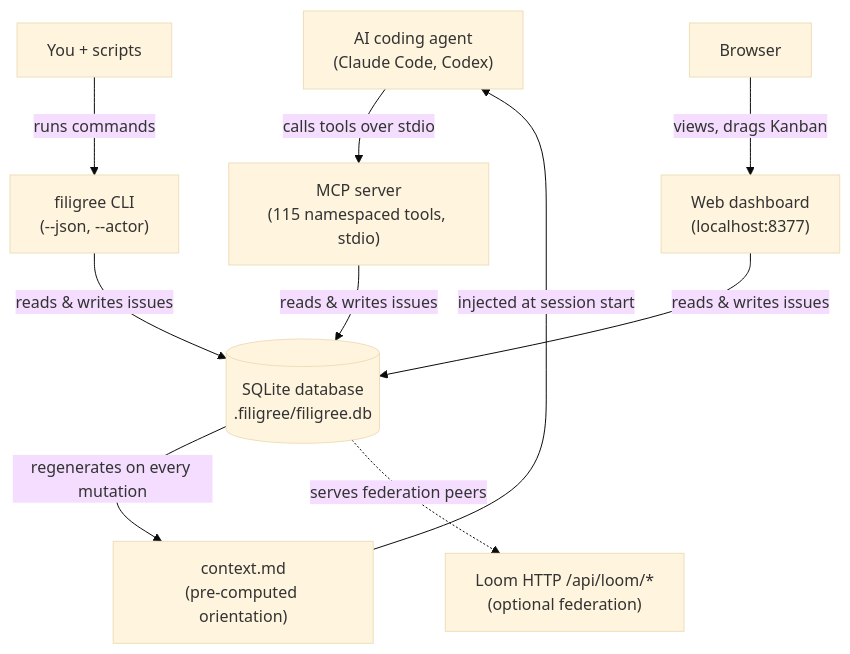
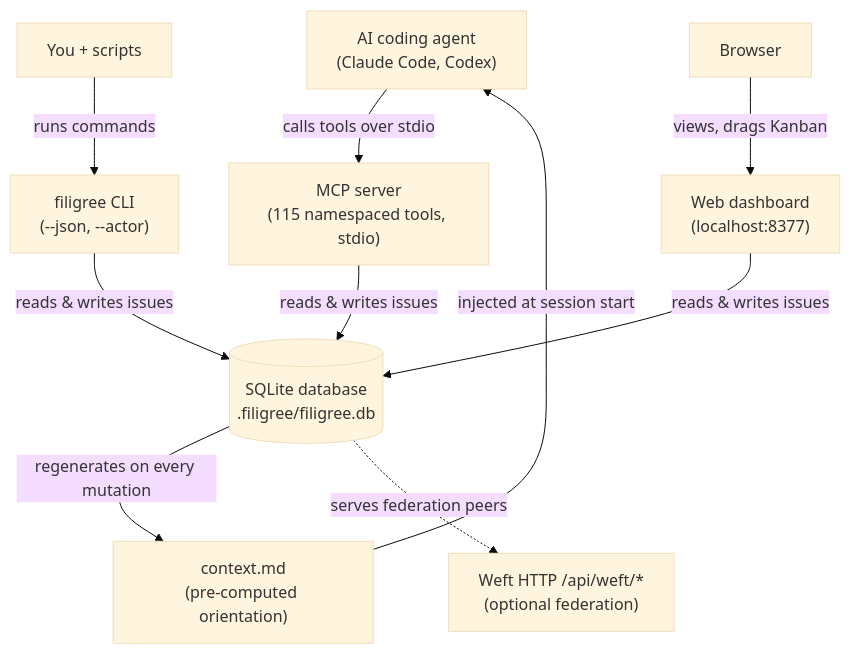
The first of 3 diagrams in README.md (foundryside-dev/filigree), drawn with Mermaid (base theme) before and after one commit. The commit also changed other lines of this file and 42 other files, not shown here.

````diff
--- a/README.md
+++ b/README.md
@@ -46,27 +46,27 @@
 ```mermaid
 flowchart TD
     Agent["AI coding agent<br/>(Claude Code, Codex)"]
     Human["You + scripts"]
     Browser["Browser"]
 
     MCP["MCP server<br/>(115 namespaced tools, stdio)"]
     CLI["filigree CLI<br/>(--json, --actor)"]
     Dash["Web dashboard<br/>(localhost:8377)"]
 
     DB[("SQLite database<br/>.filigree/filigree.db")]
     Ctx["context.md<br/>(pre-computed orientation)"]
-    Loom["Loom HTTP /api/loom/*<br/>(optional federation)"]
+    Weft["Weft HTTP /api/weft/*<br/>(optional federation)"]
 
     Agent -->|"calls tools over stdio"| MCP
     Human -->|"runs commands"| CLI
     Browser -->|"views, drags Kanban"| Dash
 
     MCP -->|"reads & writes issues"| DB
     CLI -->|"reads & writes issues"| DB
     Dash -->|"reads & writes issues"| DB
 
     DB -->|"regenerates on every mutation"| Ctx
     Ctx -->|"injected at session start"| Agent
 
-    DB -.->|"serves federation peers"| Loom
+    DB -.->|"serves federation peers"| Weft
 ```
````
